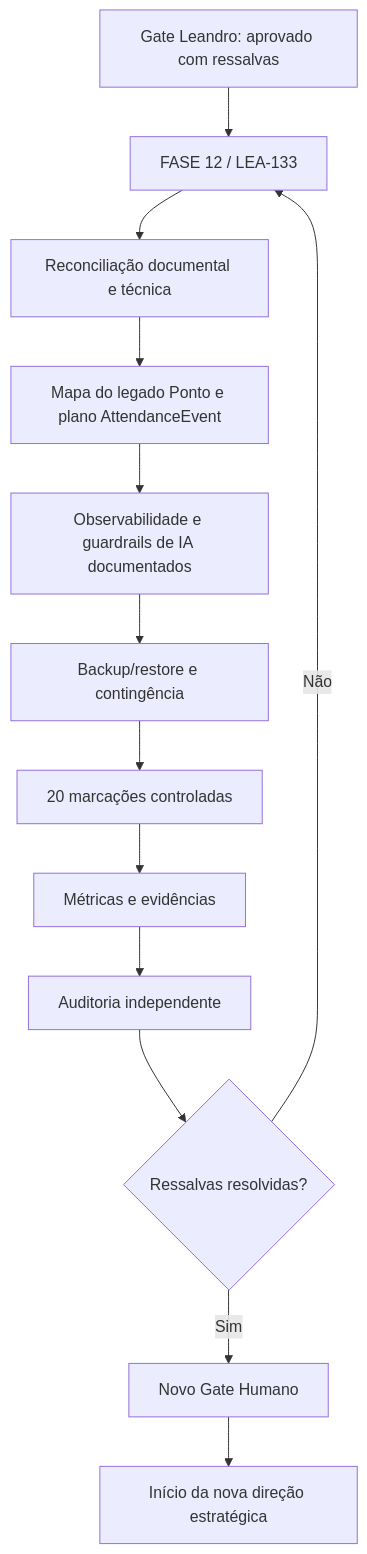
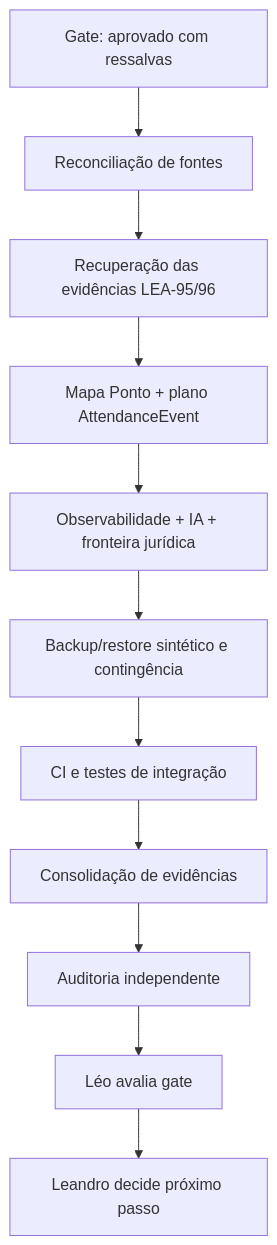
One commit to leon337/reconhecimento_facial changed the diagram in ROADMAP_CURRENT.md. Above: the diagram before and after it, drawn with Mermaid. The commit also changed other lines of this file, not shown here.

Commit message:
docs(lea-133): atualizar roadmap após tratamento das ressalvas

````diff
--- a/ROADMAP_CURRENT.md
+++ b/ROADMAP_CURRENT.md
@@ -43,15 +31,13 @@
 ```mermaid
 flowchart TD
-    A[Gate Leandro: aprovado com ressalvas] --> B[FASE 12 / LEA-133]
-    B --> C[Reconciliação documental e técnica]
-    C --> D[Mapa do legado Ponto e plano AttendanceEvent]
-    D --> E[Observabilidade e guardrails de IA documentados]
-    E --> F[Backup/restore e contingência]
-    F --> G[20 marcações controladas]
-    G --> H[Métricas e evidências]
+    A[Gate: aprovado com ressalvas] --> B[Reconciliação de fontes]
+    B --> C[Recuperação das evidências LEA-95/96]
+    C --> D[Mapa Ponto + plano AttendanceEvent]
+    D --> E[Observabilidade + IA + fronteira jurídica]
+    E --> F[Backup/restore sintético e contingência]
+    F --> G[CI e testes de integração]
+    G --> H[Consolidação de evidências]
     H --> I[Auditoria independente]
-    I --> J{Ressalvas resolvidas?}
-    J -- Não --> B
-    J -- Sim --> K[Novo Gate Humano]
-    K --> L[Início da nova direção estratégica]
+    I --> J[Léo avalia gate]
+    J --> K[Leandro decide próximo passo]
 ```
````
